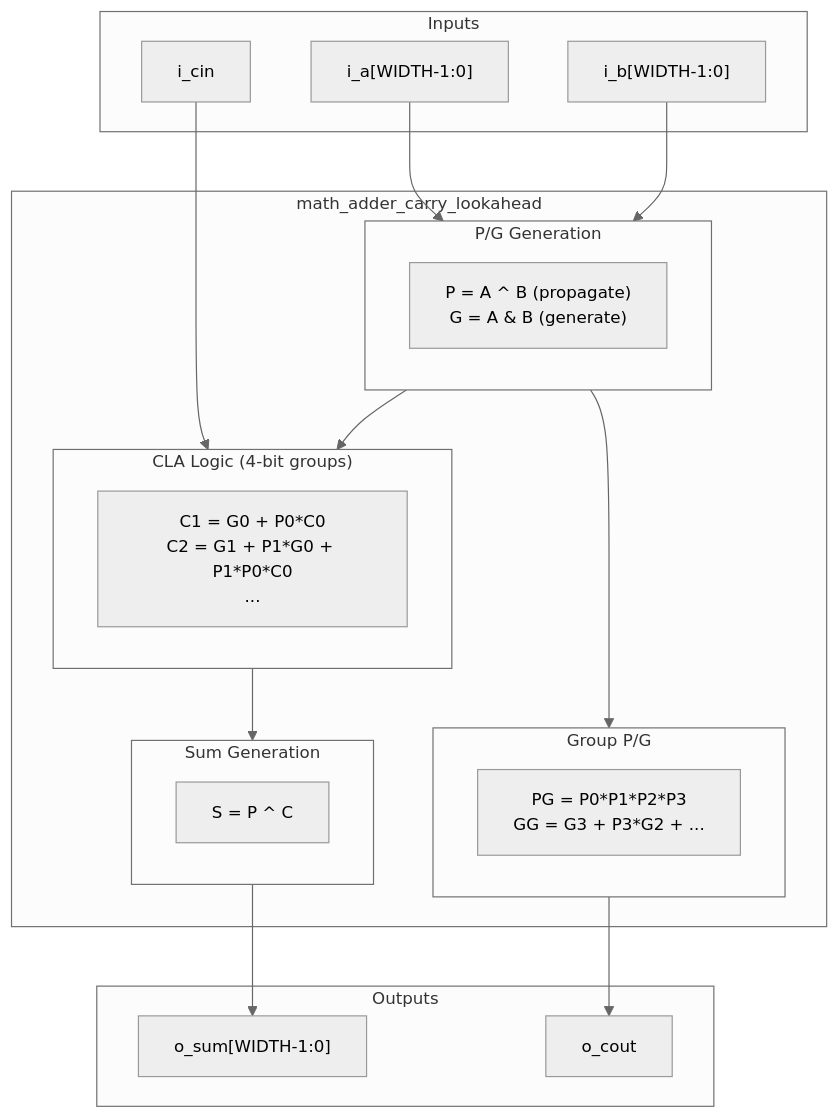
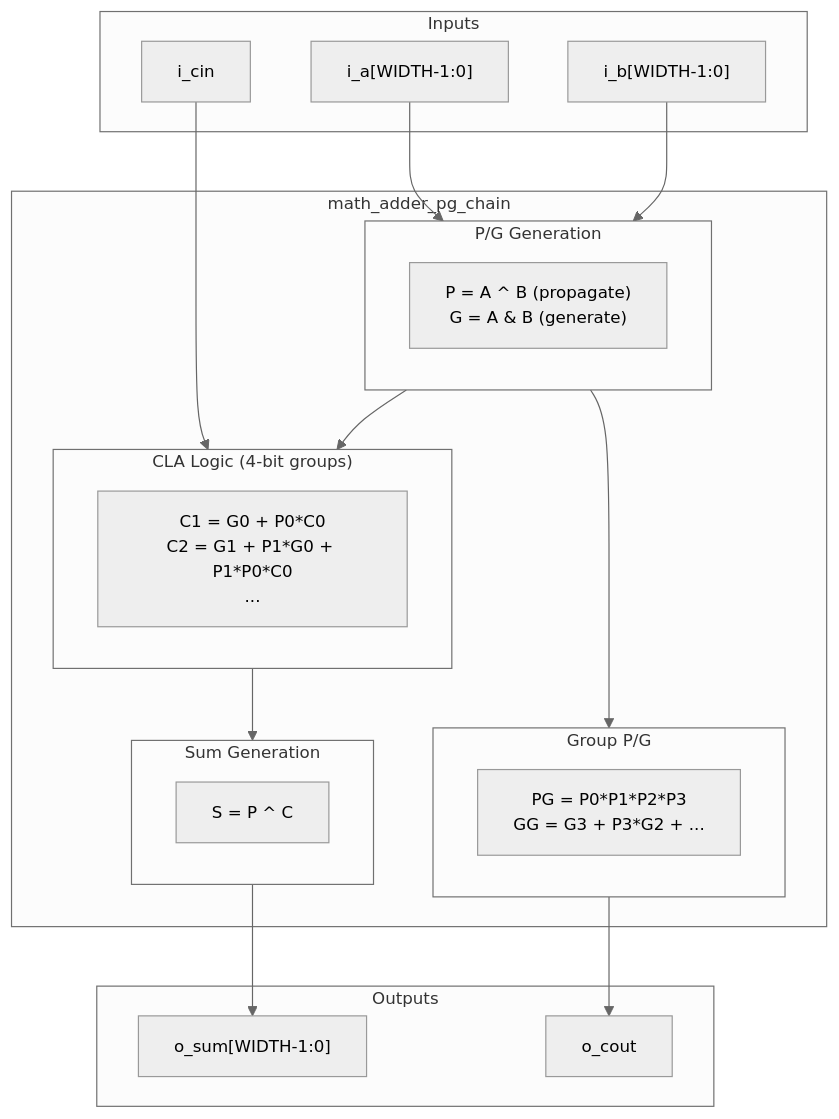
The diagram in docs/markdown/assets/RTLCommon/math_adder_pg_chain.mmd (sean-galloway/RTLDesignSherpa), drawn with Mermaid before and after one commit. The commit also changed 446 other files, not shown here.

```diff
--- a/docs/markdown/assets/RTLCommon/math_adder_pg_chain.mmd
+++ b/docs/markdown/assets/RTLCommon/math_adder_pg_chain.mmd
@@ -1,39 +1,39 @@
 %%{init: {'theme': 'neutral', 'themeVariables': { 'fontSize': '14px'}}}%%
 flowchart TB
     subgraph Inputs
         A["i_a[WIDTH-1:0]"]
         B["i_b[WIDTH-1:0]"]
         CIN[i_cin]
     end
 
-    subgraph math_adder_carry_lookahead["math_adder_carry_lookahead"]
+    subgraph math_adder_pg_chain["math_adder_pg_chain"]
         subgraph PG_Gen["P/G Generation"]
             PG["P = A ^ B (propagate)\nG = A & B (generate)"]
         end
 
         subgraph CLA_Logic["CLA Logic (4-bit groups)"]
             CLA["C1 = G0 + P0*C0\nC2 = G1 + P1*G0 + P1*P0*C0\n..."]
         end
 
         subgraph Group_PG["Group P/G"]
             GPG["PG = P0*P1*P2*P3\nGG = G3 + P3*G2 + ..."]
         end
 
         subgraph Sum_Gen["Sum Generation"]
             SUM["S = P ^ C"]
         end
     end
 
     subgraph Outputs
         S["o_sum[WIDTH-1:0]"]
         COUT[o_cout]
     end
 
     A --> PG_Gen
     B --> PG_Gen
     CIN --> CLA_Logic
     PG_Gen --> CLA_Logic
     PG_Gen --> Group_PG
     CLA_Logic --> Sum_Gen
     Group_PG --> COUT
     Sum_Gen --> S
```
